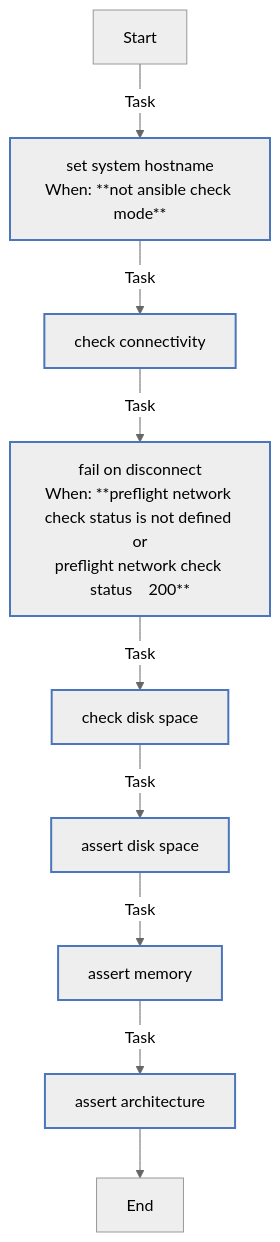
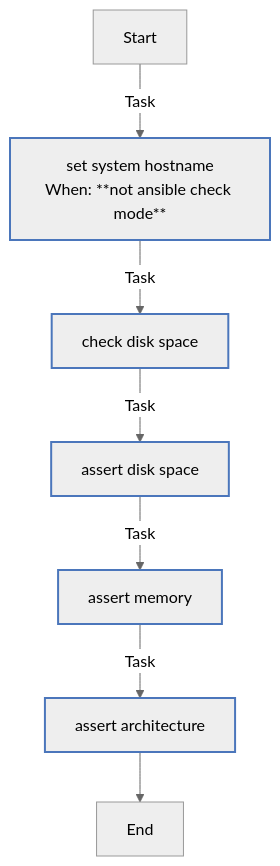
The diagram in roles/preflight/README.md (rou-cru/k3s-homelab), drawn with Mermaid (neutral theme) before and after one commit. The commit also changed other lines of this file and 42 other files, not shown here.

````diff
--- a/roles/preflight/README.md
+++ b/roles/preflight/README.md
@@ -64,21 +62,19 @@
 ```mermaid
 flowchart TD
 Start
 classDef block stroke:#3498db,stroke-width:2px;
 classDef task stroke:#4b76bb,stroke-width:2px;
 classDef includeTasks stroke:#16a085,stroke-width:2px;
 classDef importTasks stroke:#34495e,stroke-width:2px;
 classDef includeRole stroke:#2980b9,stroke-width:2px;
 classDef importRole stroke:#699ba7,stroke-width:2px;
 classDef includeVars stroke:#8e44ad,stroke-width:2px;
 classDef rescue stroke:#665352,stroke-width:2px;
 
   Start-->|Task| Set_system_hostname0[set system hostname<br>When: **not ansible check mode**]:::task
-  Set_system_hostname0-->|Task| Check_connectivity1[check connectivity]:::task
-  Check_connectivity1-->|Task| Fail_on_disconnect2[fail on disconnect<br>When: **preflight network check status is not defined or<br>preflight network check status    200**]:::task
-  Fail_on_disconnect2-->|Task| Check_disk_space3[check disk space]:::task
-  Check_disk_space3-->|Task| Assert_disk_space4[assert disk space]:::task
-  Assert_disk_space4-->|Task| Assert_memory5[assert memory]:::task
-  Assert_memory5-->|Task| Assert_architecture6[assert architecture]:::task
-  Assert_architecture6-->End
+  Set_system_hostname0-->|Task| Check_disk_space1[check disk space]:::task
+  Check_disk_space1-->|Task| Assert_disk_space2[assert disk space]:::task
+  Assert_disk_space2-->|Task| Assert_memory3[assert memory]:::task
+  Assert_memory3-->|Task| Assert_architecture4[assert architecture]:::task
+  Assert_architecture4-->End
 ```
````
